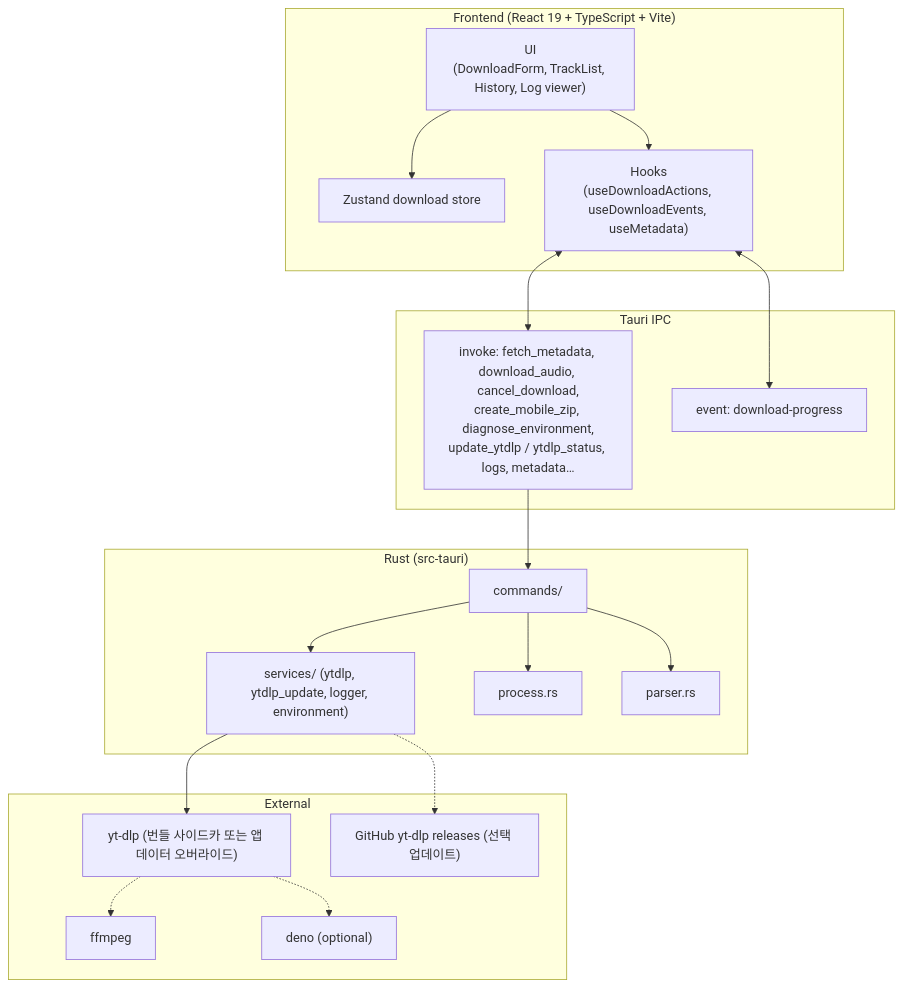
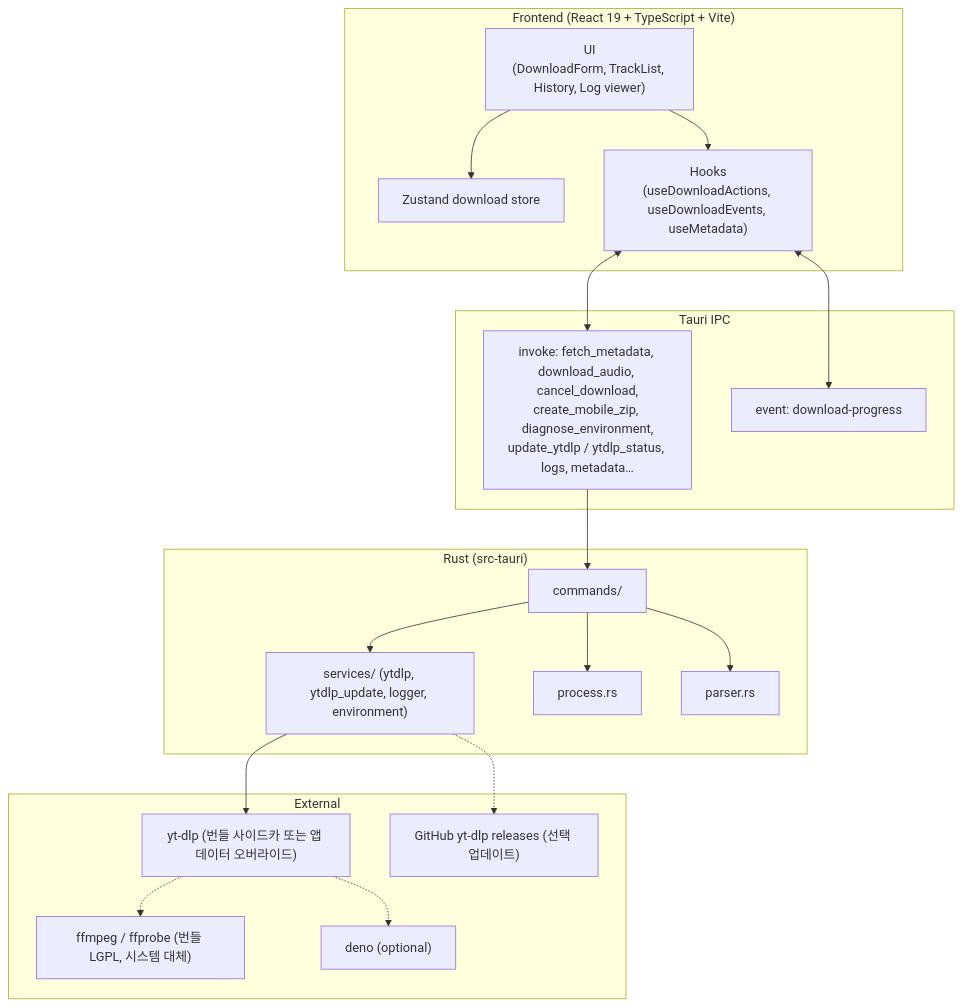
The diagram in README_KO.md (s4ngwoo/youtube-playlist-downloader), drawn with Mermaid before and after one commit. The commit also changed other lines of this file and 35 other files, not shown here.

First line of the commit message:
feat: bundle LGPL FFmpeg/ffprobe sidecars with official builds

````diff
--- a/README_KO.md
+++ b/README_KO.md
@@ -113,40 +114,40 @@
 ```mermaid
 flowchart TB
     subgraph Frontend["Frontend (React 19 + TypeScript + Vite)"]
         UI["UI\n(DownloadForm, TrackList, History, Log viewer)"]
         Store["Zustand download store"]
         Hooks["Hooks\n(useDownloadActions, useDownloadEvents, useMetadata)"]
     end
 
     subgraph IPC["Tauri IPC"]
         Invoke["invoke: fetch_metadata, download_audio, cancel_download,\ncreate_mobile_zip, diagnose_environment,\nupdate_ytdlp / ytdlp_status, logs, metadata…"]
         Listen["event: download-progress"]
     end
 
     subgraph Backend["Rust (src-tauri)"]
         Commands["commands/"]
         Services["services/ (ytdlp, ytdlp_update, logger, environment)"]
         Process["process.rs"]
         Parser["parser.rs"]
     end
 
     subgraph External["External"]
         YTDLP["yt-dlp (번들 사이드카 또는 앱 데이터 오버라이드)"]
-        FFMPEG["ffmpeg"]
+        FFMPEG["ffmpeg / ffprobe (번들 LGPL, 시스템 대체)"]
         DENO["deno (optional)"]
         GH["GitHub yt-dlp releases (선택 업데이트)"]
     end
 
     UI --> Store
     UI --> Hooks
     Hooks <--> Invoke
     Hooks <--> Listen
     Invoke --> Commands
     Commands --> Services
     Commands --> Process
     Commands --> Parser
     Services --> YTDLP
     Services -.-> GH
     YTDLP -.-> FFMPEG
     YTDLP -.-> DENO
 ```
````
